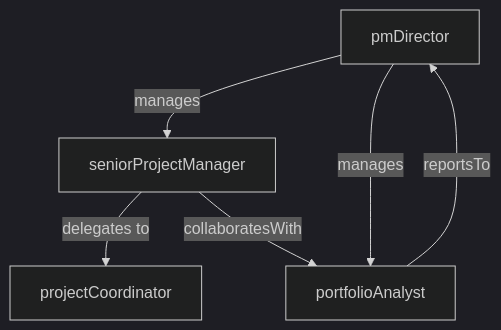
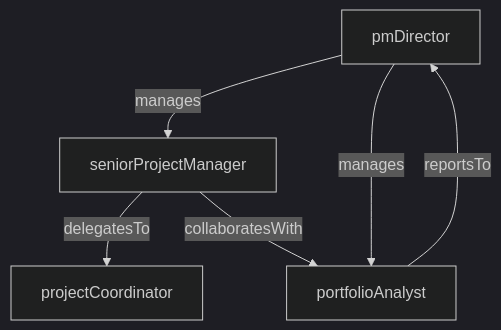
One commit to dot-org-ai/departments.org.ai changed the second of 2 diagrams in ExecutiveStrategy/ProjectManagementOffice.mdx. Above: the diagram before and after it, drawn with Mermaid (dark theme). The commit also changed other lines of this file and 44 other files, not shown here.

````diff
--- a/ExecutiveStrategy/ProjectManagementOffice.mdx
+++ b/ExecutiveStrategy/ProjectManagementOffice.mdx
@@ -92,8 +92,8 @@
 ```mermaid
 graph TD
     pmDirector -->|manages| seniorProjectManager
     pmDirector -->|manages| portfolioAnalyst
-    seniorProjectManager -->|delegates to| projectCoordinator
+    seniorProjectManager -->|delegatesTo| projectCoordinator
     portfolioAnalyst -->|reportsTo| pmDirector
     seniorProjectManager -->|collaboratesWith| portfolioAnalyst
 ```
````
